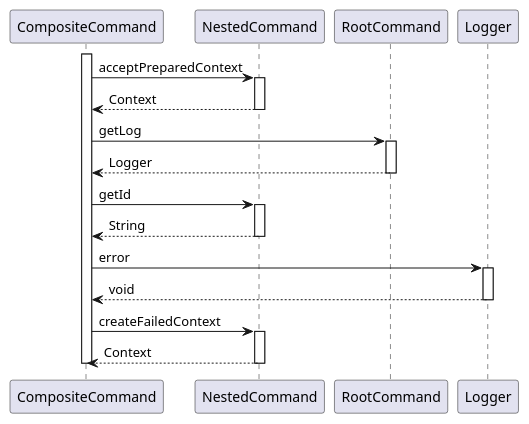
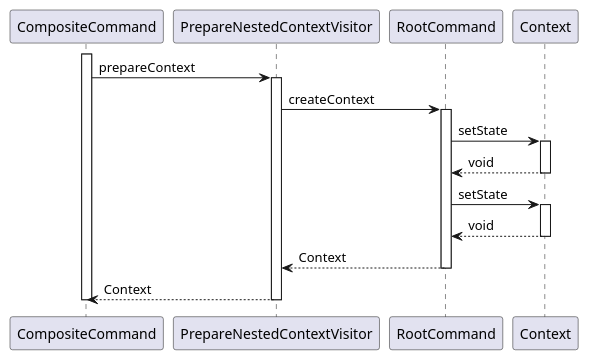
The diagram in business-logic/documentation/puml/sequence-diagrams/MacroCommand.createNestedContext.puml (OlegSopilnyak/school-demo), drawn with PlantUML before and after one commit. The commit also changed 13 other files, not shown here.

```diff
--- a/business-logic/documentation/puml/sequence-diagrams/MacroCommand.createNestedContext.puml
+++ b/business-logic/documentation/puml/sequence-diagrams/MacroCommand.createNestedContext.puml
@@ -3,31 +3,27 @@
 @startuml
 
 participant CompositeCommand
-participant NestedCommand
+participant PrepareNestedContextVisitor
 participant RootCommand
-participant Logger
+participant Context
 
 activate CompositeCommand
-	CompositeCommand -> NestedCommand : acceptPreparedContext
-	activate NestedCommand
-		NestedCommand --> CompositeCommand : Context
-	deactivate NestedCommand
-	CompositeCommand -> RootCommand : getLog
-	activate RootCommand
-		RootCommand --> CompositeCommand : Logger
-	deactivate RootCommand
-	CompositeCommand -> NestedCommand : getId
-	activate NestedCommand
-		NestedCommand --> CompositeCommand : String
-	deactivate NestedCommand
-	CompositeCommand -> Logger : error
-	activate Logger
-		Logger --> CompositeCommand : void
-	deactivate Logger
-	CompositeCommand -> NestedCommand : createFailedContext
-	activate NestedCommand
-		NestedCommand --> CompositeCommand : Context
-	deactivate NestedCommand
+	CompositeCommand -> PrepareNestedContextVisitor : prepareContext
+	activate PrepareNestedContextVisitor
+		PrepareNestedContextVisitor -> RootCommand : createContext
+		activate RootCommand
+			RootCommand -> Context : setState
+			activate Context
+				Context --> RootCommand : void
+			deactivate Context
+			RootCommand -> Context : setState
+			activate Context
+				Context --> RootCommand : void
+			deactivate Context
+			RootCommand --> PrepareNestedContextVisitor : Context
+		deactivate RootCommand
+		PrepareNestedContextVisitor --> CompositeCommand : Context
+	deactivate PrepareNestedContextVisitor
 deactivate CompositeCommand
 
 @enduml
```
